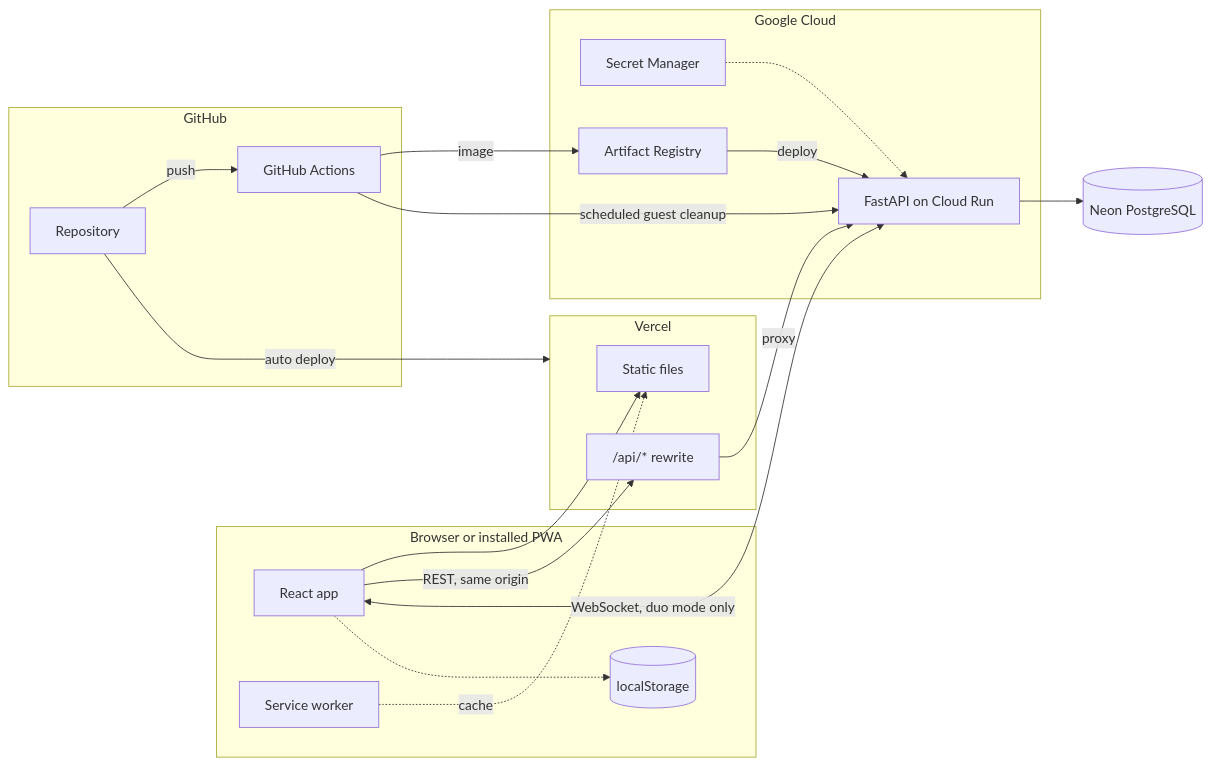
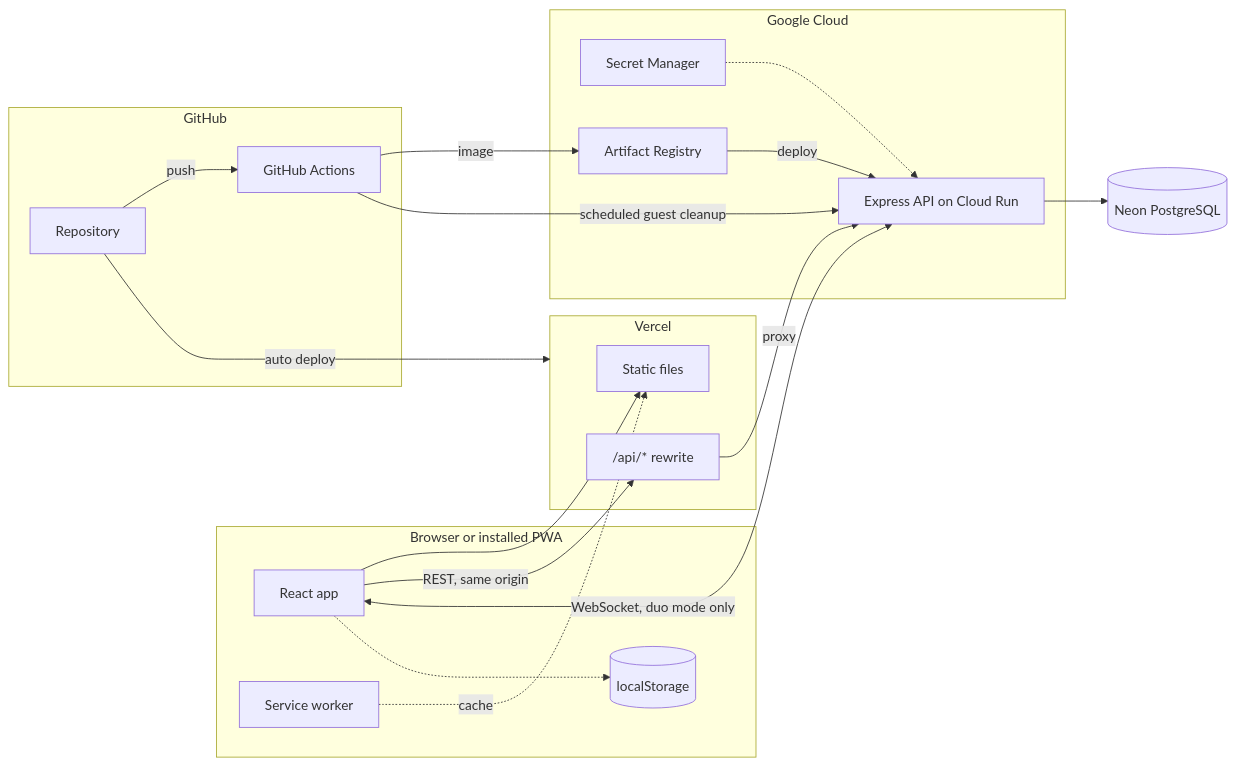
The second of 11 diagrams in docs/design.md (Sunnylin0320/pomodoro-app), drawn with Mermaid before and after one commit. The commit also changed other lines of this file, not shown here.

````diff
--- a/docs/design.md
+++ b/docs/design.md
@@ -156,40 +305,40 @@
 ```mermaid
 flowchart LR
     subgraph Client["Browser or installed PWA"]
         UI["React app"]
         SW["Service worker"]
         LS[("localStorage")]
     end
 
     subgraph Vercel["Vercel"]
         Static["Static files"]
         Rewrite["/api/* rewrite"]
     end
 
     subgraph GCP["Google Cloud"]
-        API["FastAPI on Cloud Run"]
+        API["Express API on Cloud Run"]
         Secrets["Secret Manager"]
         Registry["Artifact Registry"]
     end
 
     DB[("Neon PostgreSQL")]
 
     subgraph GitHub["GitHub"]
         Repo["Repository"]
         Actions["GitHub Actions"]
     end
 
     UI --> Static
     UI -->|"REST, same origin"| Rewrite
     Rewrite -->|"proxy"| API
     UI <-->|"WebSocket, duo mode only"| API
     SW -.->|"cache"| Static
     UI -.-> LS
     API --> DB
     Secrets -.-> API
     Repo -->|"push"| Actions
     Repo -->|"auto deploy"| Vercel
     Actions -->|"image"| Registry
     Registry -->|"deploy"| API
     Actions -->|"scheduled guest cleanup"| API
 ```
````
